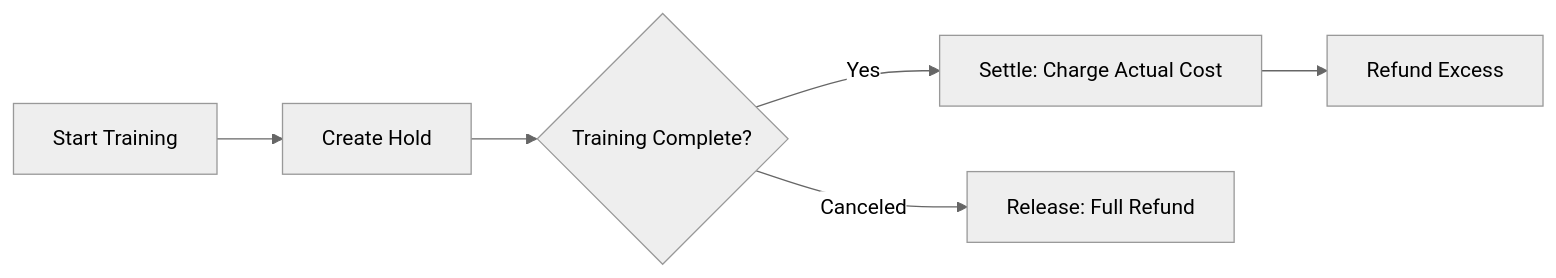
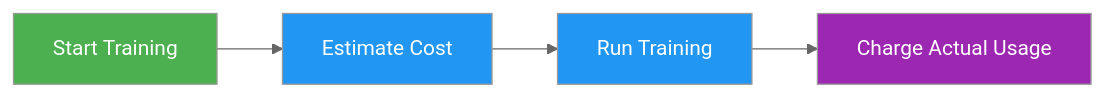
Before and after one commit to shashankktiwarii3/ultralytics2: the diagram in docs/en/platform/account/billing.md, drawn with Mermaid (neutral theme). The commit also changed other lines of this file and 930 other files, not shown here.

````diff
--- a/docs/en/platform/account/billing.md
+++ b/docs/en/platform/account/billing.md
@@ -148,8 +171,10 @@
 ```mermaid
 flowchart LR
-    A[Start Training] --> B[Create Hold]
-    B --> C{Training Complete?}
-    C -->|Yes| D[Settle: Charge Actual Cost]
-    C -->|Canceled| E[Release: Full Refund]
-    D --> F[Refund Excess]
+    A[Start Training]:::start --> B[Estimate Cost]:::proc
+    B --> C[Run Training]:::proc
+    C --> D[Charge Actual Usage]:::out
+
+    classDef start fill:#4CAF50,color:#fff
+    classDef proc fill:#2196F3,color:#fff
+    classDef out fill:#9C27B0,color:#fff
 ```
````
